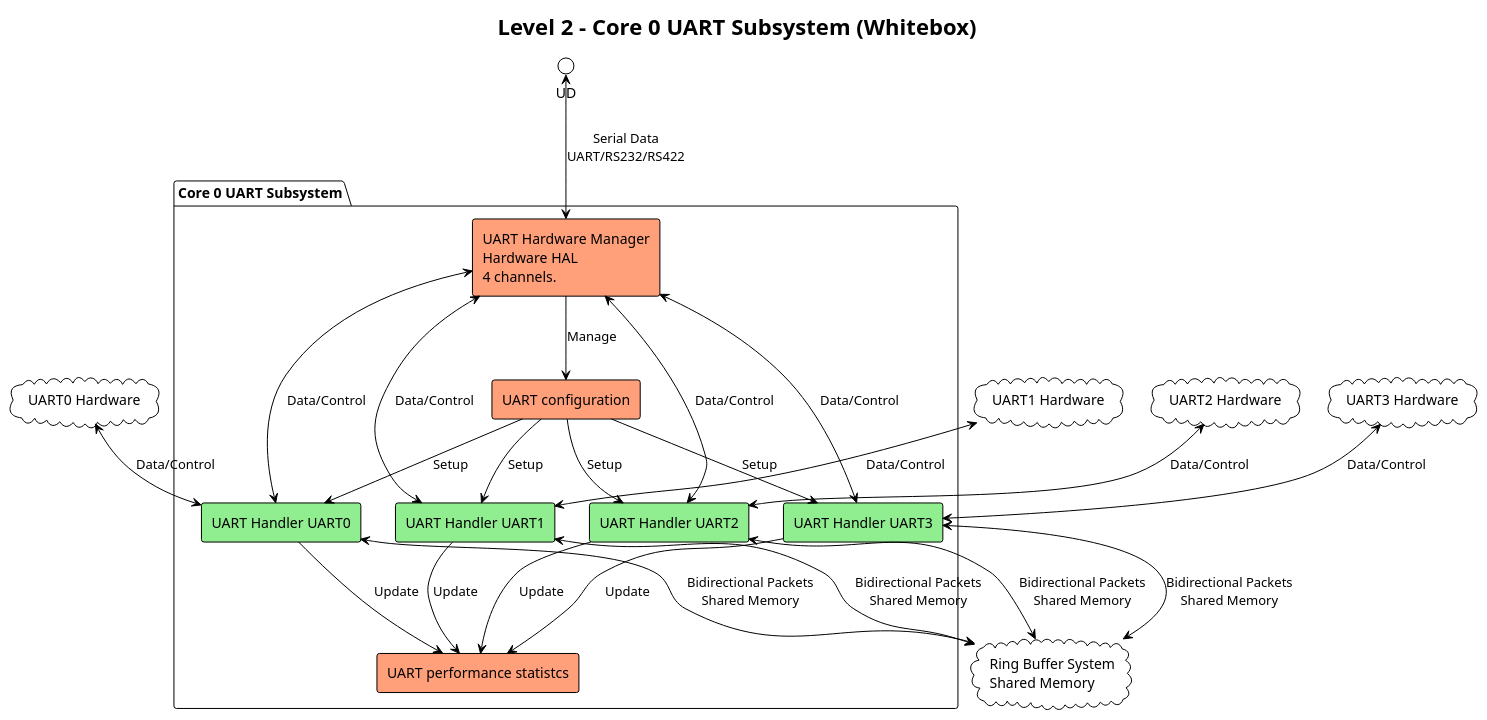
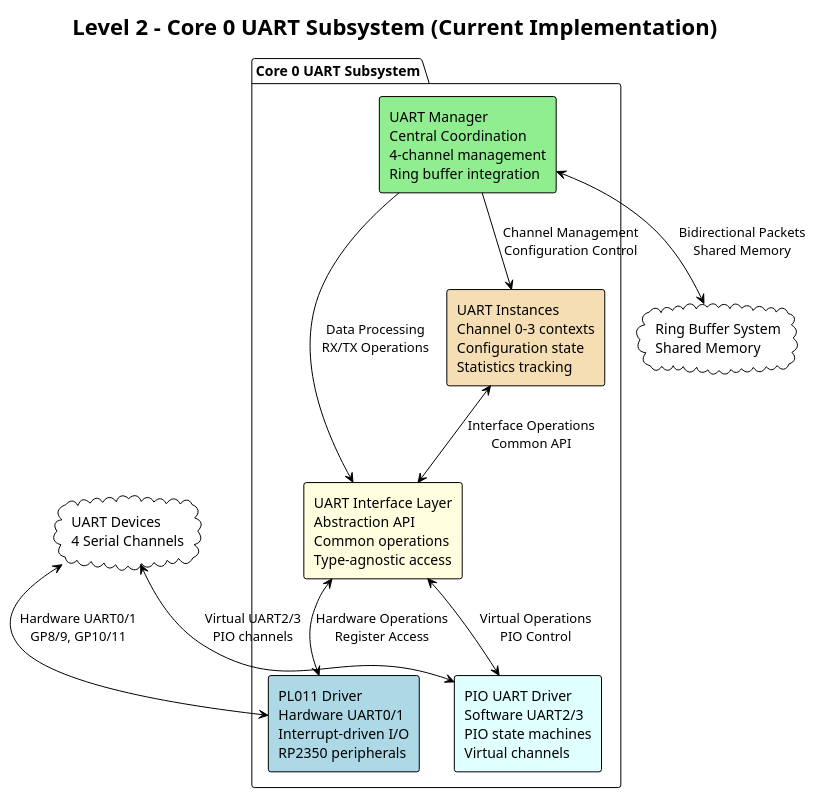
One commit to haxorsebb/UART2ETH changed the second of 17 diagrams in src/docs/arc42/chapters/05_building_block_view.adoc. Above: the diagram before and after it, drawn with PlantUML. The commit also changed other lines of this file, not shown here.

First line of the commit message:
Update arc42 documentation to reflect current UART Manager architecture

```diff
--- a/src/docs/arc42/chapters/05_building_block_view.adoc
+++ b/src/docs/arc42/chapters/05_building_block_view.adoc
@@ -223,60 +223,38 @@
-[plantuml, level2-core0-uart-simple, svg]
+[plantuml, level2-core0-uart-actual, svg]
 ----
 @startuml
 !theme plain
 skinparam backgroundColor transparent
 skinparam componentStyle rectangle
 
-title Level 2 - Core 0 UART Subsystem (Whitebox)
+title Level 2 - Core 0 UART Subsystem (Current Implementation)
 
-cloud "UART0 Hardware" as UART_HW_0
-cloud "UART1 Hardware" as UART_HW_1
-cloud "UART2 Hardware" as UART_HW_2
-cloud "UART3 Hardware" as UART_HW_3
-
+cloud "UART Devices\n4 Serial Channels" as UD
 cloud "Ring Buffer System\nShared Memory" as RBS
 
 package "Core 0 UART Subsystem" {
-    component "UART Hardware Manager\nHardware HAL\n4 channels." as UHM #lightsalmon
-    component "UART configuration" as UART_config #lightsalmon
-    component "UART performance statistcs" as UART_statistics #lightsalmon
+    component "UART Manager\nCentral Coordination\n4-channel management\nRing buffer integration" as UART_MGR #lightgreen
     
-    component "UART Handler UART0" as UART_Handler_0 #lightgreen
-    component "UART Handler UART1" as UART_Handler_1 #lightgreen
-    component "UART Handler UART2" as UART_Handler_2 #lightgreen
-    component "UART Handler UART3" as UART_Handler_3 #lightgreen
-        
-
+    component "UART Interface Layer\nAbstraction API\nCommon operations\nType-agnostic access" as UART_IF #lightyellow
+    
+    component "PL011 Driver\nHardware UART0/1\nInterrupt-driven I/O\nRP2350 peripherals" as PL011_DRV #lightblue
+    
+    component "PIO UART Driver\nSoftware UART2/3\nPIO state machines\nVirtual channels" as PIO_DRV #lightcyan
+    
+    component "UART Instances\nChannel 0-3 contexts\nConfiguration state\nStatistics tracking" as UART_INST #wheat
 }
 
 ' External connections
-UART_HW_0 <--> UART_Handler_0 : Data/Control
-UART_HW_1 <--> UART_Handler_1 : Data/Control
-UART_HW_2 <--> UART_Handler_2 : Data/Control
-UART_HW_3 <--> UART_Handler_3 : Data/Control
-
-UD <--> UHM : Serial Data\nUART/RS232/RS422
-UART_Handler_0 <--> RBS : Bidirectional Packets\nShared Memory
-UART_Handler_1 <--> RBS : Bidirectional Packets\nShared Memory
-UART_Handler_2 <--> RBS : Bidirectional Packets\nShared Memory
-UART_Handler_3 <--> RBS : Bidirectional Packets\nShared Memory
+UD <--> PL011_DRV : Hardware UART0/1\nGP8/9, GP10/11
+UD <--> PIO_DRV : Virtual UART2/3\nPIO channels
+UART_MGR <--> RBS : Bidirectional Packets\nShared Memory
 
 ' Internal connections
-UHM <--> UART_Handler_0 : Data/Control
-UHM <--> UART_Handler_1 : Data/Control
-UHM <--> UART_Handler_2 : Data/Control
-UHM <--> UART_Handler_3 : Data/Control
-
-UART_Handler_0 --> UART_statistics : Update
-UART_Handler_1 --> UART_statistics : Update
-UART_Handler_2 --> UART_statistics : Update
-UART_Handler_3 --> UART_statistics : Update
-
-UHM --> UART_config : Manage
-UART_config --> UART_Handler_0 : Setup
-UART_config --> UART_Handler_1 : Setup
-UART_config --> UART_Handler_2 : Setup
-UART_config --> UART_Handler_3 : Setup
+UART_MGR --> UART_INST : Channel Management\nConfiguration Control
+UART_INST <--> UART_IF : Interface Operations\nCommon API
+UART_IF <--> PL011_DRV : Hardware Operations\nRegister Access
+UART_IF <--> PIO_DRV : Virtual Operations\nPIO Control
+UART_MGR --> UART_IF : Data Processing\nRX/TX Operations
 
 @enduml
 ----
```
